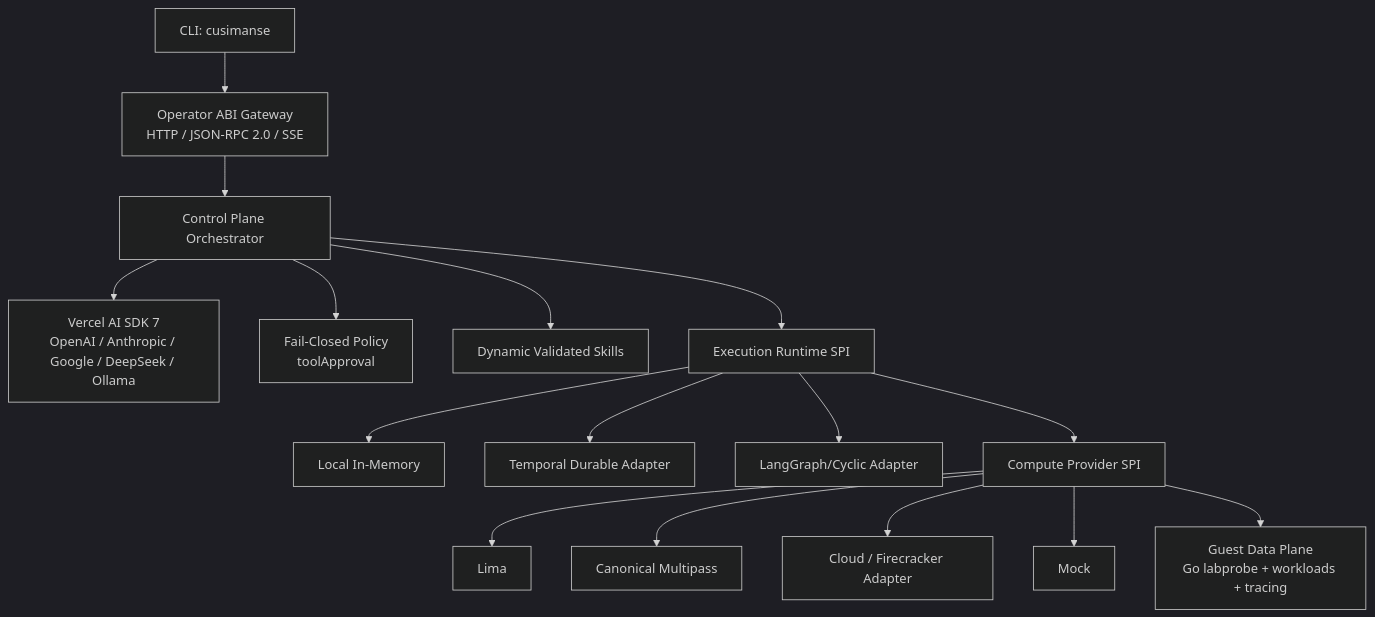
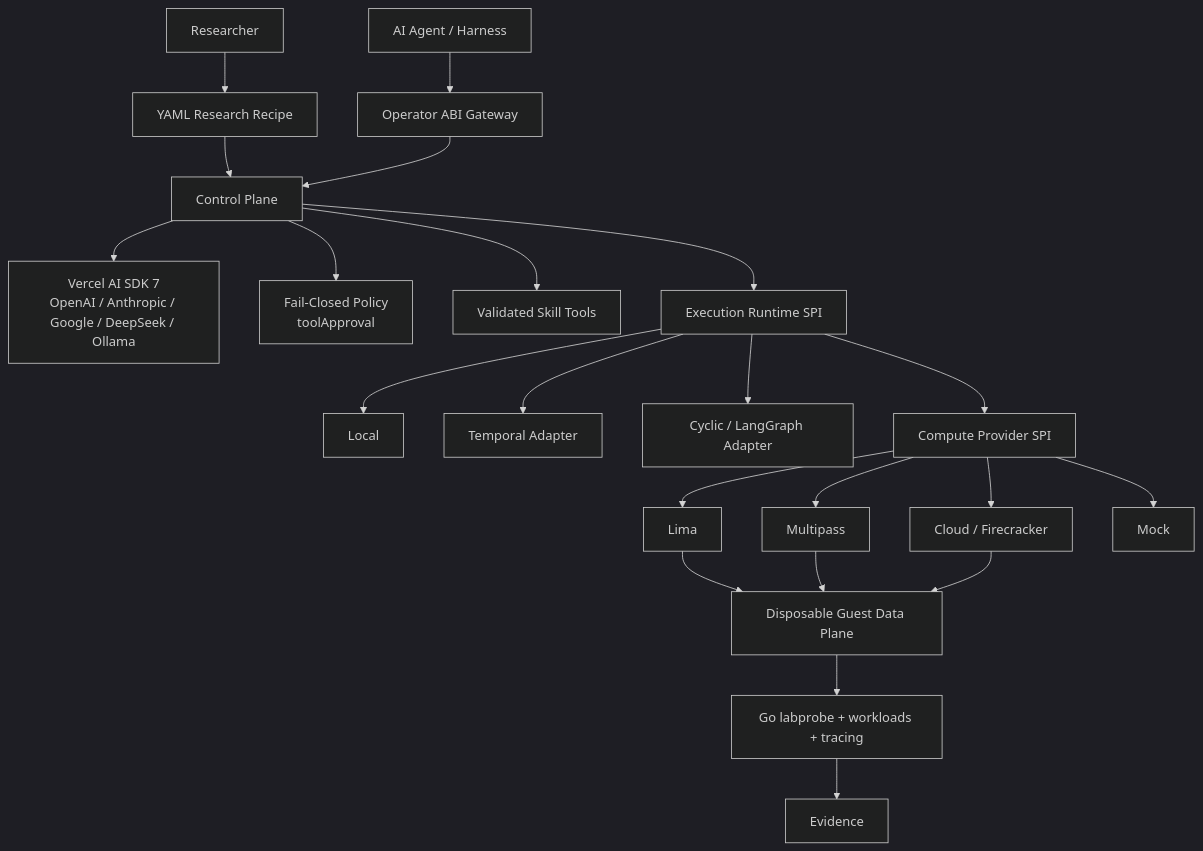
Before and after one commit to Opposum0112/Cusimanse: the diagram in README.md, drawn with Mermaid (dark theme). The commit also changed other lines of this file, not shown here.

Commit message:
docs: make README end-user centric

````diff
--- a/README.md
+++ b/README.md
@@ -7,18 +247,24 @@
 ```mermaid
 flowchart TD
-  CLI[CLI: cusimanse] --> ABI[Operator ABI Gateway\nHTTP / JSON-RPC 2.0 / SSE]
-  ABI --> CORE[Control Plane Orchestrator]
-  CORE --> AI[Vercel AI SDK 7\nOpenAI / Anthropic / Google / DeepSeek / Ollama]
-  CORE --> POL[Fail-Closed Policy\ntoolApproval]
-  CORE --> SK[Dynamic Validated Skills]
-  CORE --> RT[Execution Runtime SPI]
-  RT --> LOCAL[Local In-Memory]
-  RT --> TEMP[Temporal Durable Adapter]
-  RT --> GRAPH[LangGraph/Cyclic Adapter]
-  RT --> CP[Compute Provider SPI]
-  CP --> LIMA[Lima]
-  CP --> MP[Canonical Multipass]
-  CP --> FC[Cloud / Firecracker Adapter]
-  CP --> MOCK[Mock]
-  CP --> GUEST[Guest Data Plane\nGo labprobe + workloads + tracing]
+  USER[Researcher] --> RECIPE[YAML Research Recipe]
+  AGENT[AI Agent / Harness] --> ABI[Operator ABI Gateway]
+  RECIPE --> CORE[Control Plane]
+  ABI --> CORE
+  CORE --> MODEL[Vercel AI SDK 7\nOpenAI / Anthropic / Google / DeepSeek / Ollama]
+  CORE --> POLICY[Fail-Closed Policy\ntoolApproval]
+  CORE --> SKILLS[Validated Skill Tools]
+  CORE --> RUNTIME[Execution Runtime SPI]
+  RUNTIME --> LOCAL[Local]
+  RUNTIME --> TEMP[Temporal Adapter]
+  RUNTIME --> GRAPH[Cyclic / LangGraph Adapter]
+  RUNTIME --> COMPUTE[Compute Provider SPI]
+  COMPUTE --> LIMA[Lima]
+  COMPUTE --> MP[Multipass]
+  COMPUTE --> FC[Cloud / Firecracker]
+  COMPUTE --> MOCK[Mock]
+  LIMA --> GUEST[Disposable Guest Data Plane]
+  MP --> GUEST
+  FC --> GUEST
+  GUEST --> PROBE[Go labprobe + workloads + tracing]
+  PROBE --> EVIDENCE[Evidence]
 ```
````
